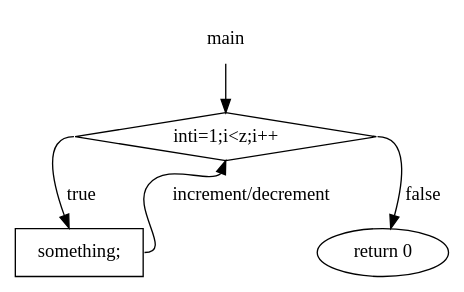
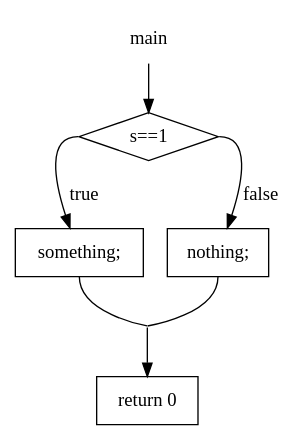
The diagram in a.dot (barakaki/cs451graph), drawn with Graphviz before and after one commit. The commit also changed 4 other files, not shown here.

```diff
--- a/a.dot
+++ b/a.dot
@@ -1,12 +1,14 @@
 digraph{
  node[shape = rectangle]
  
-main->"inti=1;i<z;i++"
-"inti=1;i<z;i++" [shape = diamond]
-"inti=1;i<z;i++":w->"something;"[label = true]
-"something;":e->"inti=1;i<z;i++":s[label="increment/decrement"]
-"inti=1;i<z;i++":e -> "return 0"[label=false]
-"return 0"[shape = oval]
+main->"s==1"
+"s==1" [shape = diamond]
+"s==1":w->"something;"[label = true]
+"something;":s -> "pointstogether"[arrowhead=none]
+"s==1":e->"nothing;"[label = false]
+"nothing;":s -> "pointstogether"[arrowhead=none]
+pointstogether[label="",fixedsize=false,width=0,height=0,shape=none]
+"pointstogether"->"return 0"[shape=oval]
 main[shape = none]
 
 }
```
